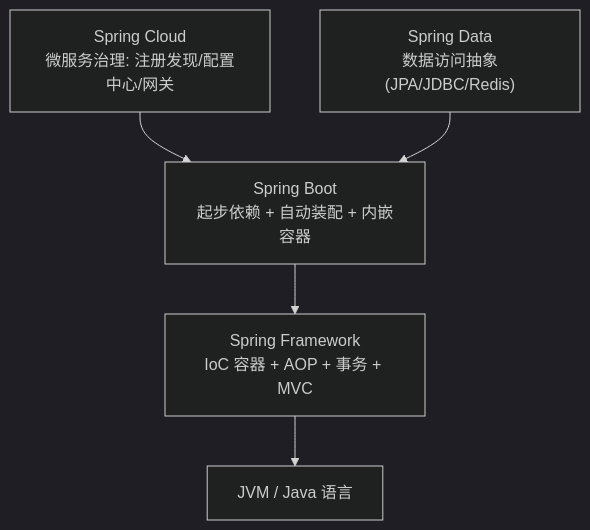
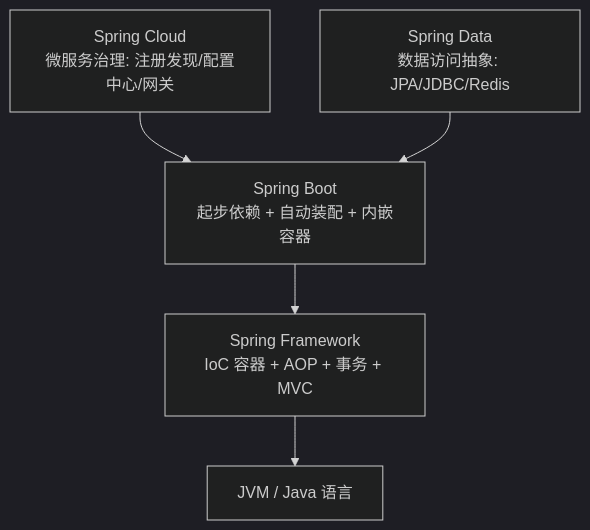
The first of 3 diagrams in docs/backend/java/ecosystem/spring-boot/入门层/从零开始认识SpringBoot系列/1_Spring生态与SpringBoot全景-入门.md (xiaobo1997/programmer-knowledge-graph), drawn with Mermaid (dark theme) before and after one commit. The commit also changed other lines of this file and 126 other files, not shown here.

````diff
--- a/docs/backend/java/ecosystem/spring-boot/入门层/从零开始认识SpringBoot系列/1_Spring生态与SpringBoot全景-入门.md
+++ b/docs/backend/java/ecosystem/spring-boot/入门层/从零开始认识SpringBoot系列/1_Spring生态与SpringBoot全景-入门.md
@@ -26,8 +33,7 @@
 ```mermaid
 flowchart TB
     C["Spring Cloud<br/>微服务治理: 注册发现/配置中心/网关"] --> B["Spring Boot<br/>起步依赖 + 自动装配 + 内嵌容器"]
     B --> F["Spring Framework<br/>IoC 容器 + AOP + 事务 + MVC"]
     F --> J["JVM / Java 语言"]
-    D["Spring Data<br/>数据访问抽象(JPA/JDBC/Redis)"] --> B
-
+    D["Spring Data<br/>数据访问抽象: JPA/JDBC/Redis"] --> B
 ```
````
